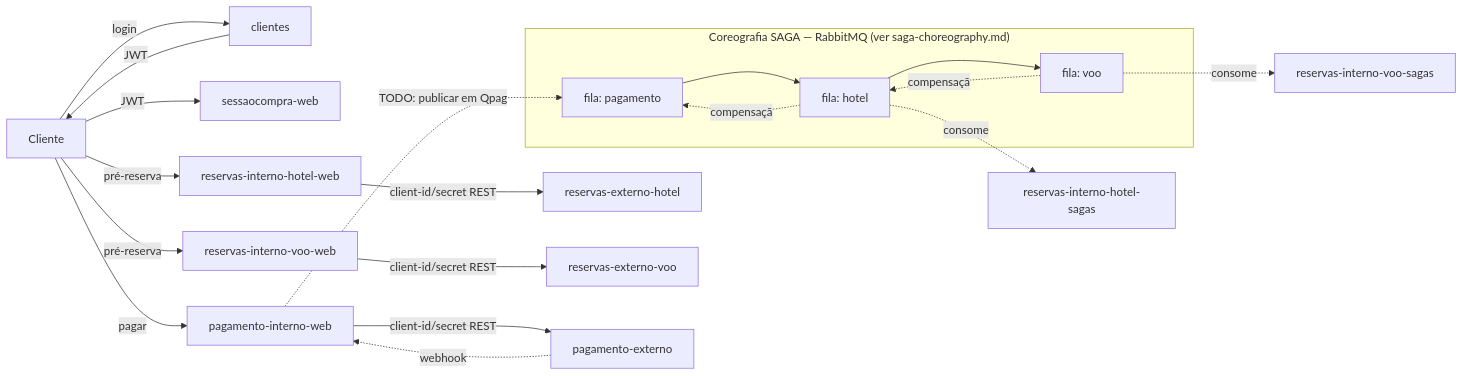
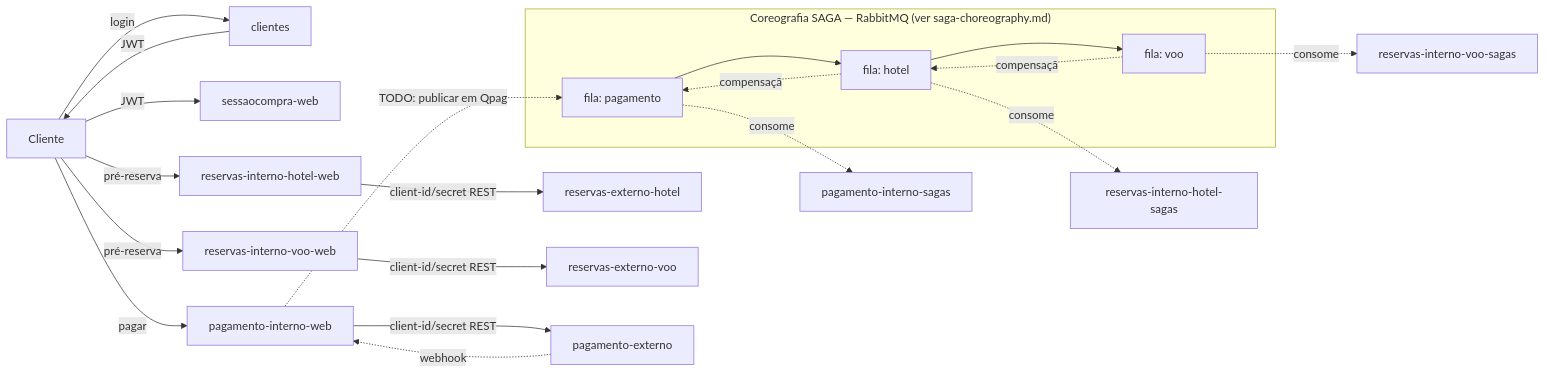
The diagram in docs/architecture-overview.md (EdyKnopfler/estudo-arquitetura-monorepo), drawn with Mermaid before and after one commit. The commit also changed other lines of this file and 36 other files, not shown here.

First line of the commit message:
O GRANDE REFACTOR PARTE #2: unificando pagamento-interno, criando o papel sagas do zero

````diff
--- a/docs/architecture-overview.md
+++ b/docs/architecture-overview.md
@@ -53,24 +47,25 @@
 ```mermaid
 flowchart LR
   C[Cliente] -->|login| clientes
   clientes -->|JWT| C
   C -->|JWT| sessaocompra-web
   C -->|pré-reserva| reservas-interno-hotel-web
   C -->|pré-reserva| reservas-interno-voo-web
   reservas-interno-hotel-web -->|client-id/secret REST| reservas-externo-hotel
   reservas-interno-voo-web -->|client-id/secret REST| reservas-externo-voo
   C -->|pagar| pagamento-interno-web
   pagamento-interno-web -->|client-id/secret REST| pagamento-externo
   pagamento-externo -.webhook.-> pagamento-interno-web
 
   subgraph SAGA["Coreografia SAGA — RabbitMQ (ver saga-choreography.md)"]
     Qpag[fila: pagamento] --> Qhotel[fila: hotel]
     Qhotel --> Qvoo[fila: voo]
     Qvoo -.compensação.-> Qhotel
     Qhotel -.compensação.-> Qpag
   end
 
   pagamento-interno-web -.TODO: publicar em Qpag.-> Qpag
+  Qpag -.consome.-> pagamento-interno-sagas
   Qhotel -.consome.-> reservas-interno-hotel-sagas
   Qvoo -.consome.-> reservas-interno-voo-sagas
 ```
````
